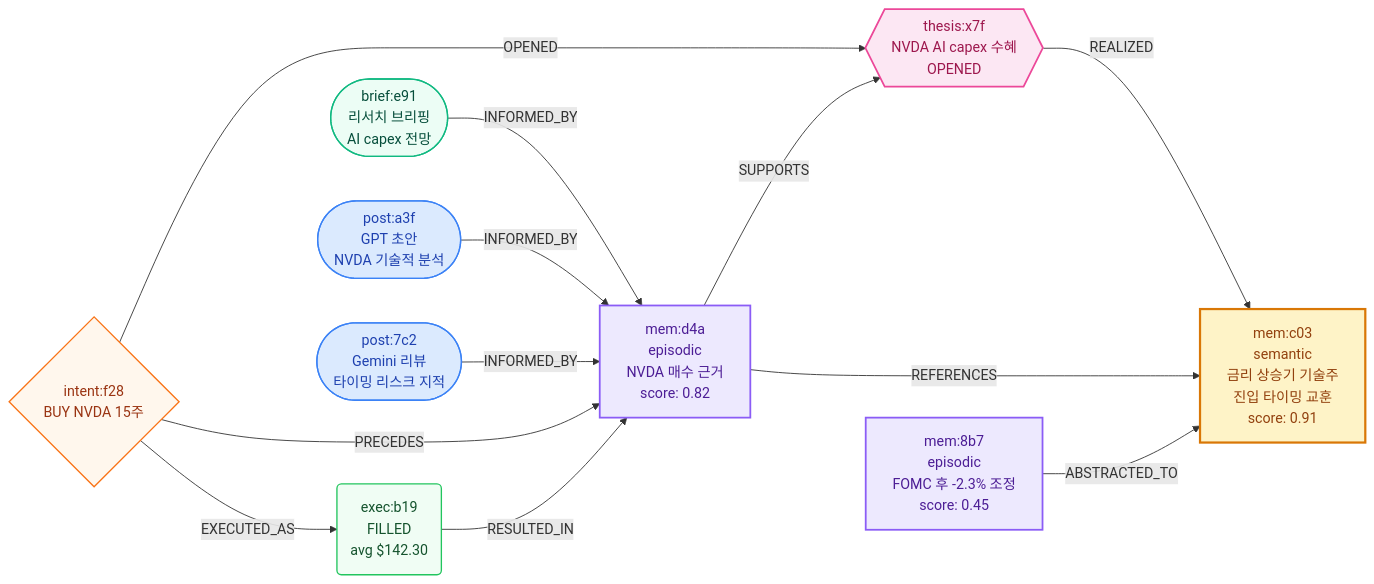
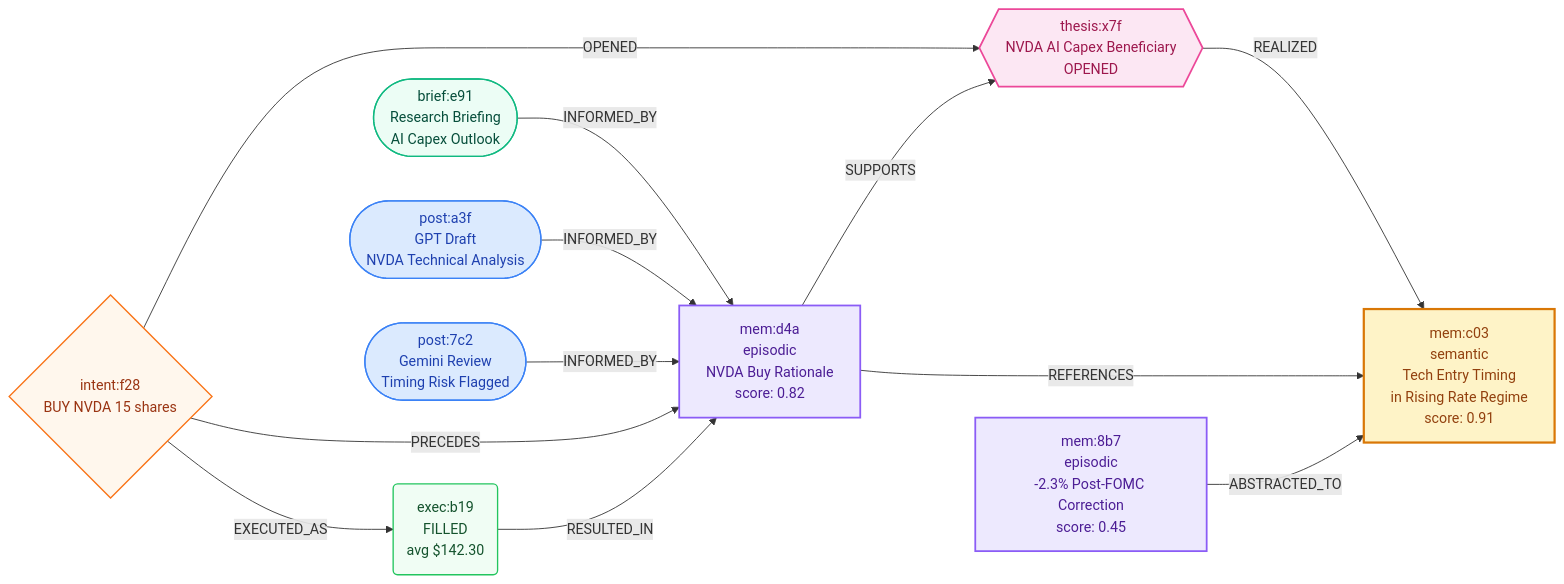
One commit to midnightnnn/llm_invest changed the third of 3 diagrams in README.md. Above: the diagram before and after it, drawn with Mermaid. The commit also changed other lines of this file and 2 other files, not shown here.

````diff
--- a/README.md
+++ b/README.md
@@ -378,49 +378,49 @@
 ```mermaid
 graph LR
-    %% ─── Cycle 42: GPT가 NVDA를 분석하고 매수 ───
-    B1(["post:a3f\nGPT 초안\nNVDA 기술적 분석"])
-    B2(["post:7c2\nGemini 리뷰\n타이밍 리스크 지적"])
-    R1(["brief:e91\n리서치 브리핑\nAI capex 전망"])
+    %% ─── Cycle 42: GPT analyzes and buys NVDA ───
+    B1(["post:a3f\nGPT Draft\nNVDA Technical Analysis"])
+    B2(["post:7c2\nGemini Review\nTiming Risk Flagged"])
+    R1(["brief:e91\nResearch Briefing\nAI Capex Outlook"])
 
-    M1["mem:d4a\nepisodic\nNVDA 매수 근거\nscore: 0.82"]
-    I1{"intent:f28\nBUY NVDA 15주"}
+    M1["mem:d4a\nepisodic\nNVDA Buy Rationale\nscore: 0.82"]
+    I1{"intent:f28\nBUY NVDA 15 shares"}
     E1("exec:b19\nFILLED\navg $142.30")
 
     R1 -->|INFORMED_BY| M1
     B1 -->|INFORMED_BY| M1
     B2 -->|INFORMED_BY| M1
     I1 -->|PRECEDES| M1
     E1 -->|RESULTED_IN| M1
     I1 -->|EXECUTED_AS| E1
 
-    %% ─── Thesis: 매수 근거를 추적하는 투자 논제 ───
-    T1{{"thesis:x7f\nNVDA AI capex 수혜\nOPENED"}}
+    %% ─── Thesis: Investment thesis tracking buy rationale ───
+    T1{{"thesis:x7f\nNVDA AI Capex Beneficiary\nOPENED"}}
 
     I1 -->|OPENED| T1
     M1 -->|SUPPORTS| T1
 
-    %% ─── Cycle 55: 압축 → semantic 교훈 ───
-    M2["mem:8b7\nepisodic\nFOMC 후 -2.3% 조정\nscore: 0.45"]
-    M3["mem:c03\nsemantic\n금리 상승기 기술주\n진입 타이밍 교훈\nscore: 0.91"]
+    %% ─── Cycle 55: Compaction → semantic lesson ───
+    M2["mem:8b7\nepisodic\n-2.3% Post-FOMC Correction\nscore: 0.45"]
+    M3["mem:c03\nsemantic\nTech Entry Timing\nin Rising Rate Regime\nscore: 0.91"]
 
     T1 -->|REALIZED| M3
     M1 -->|REFERENCES| M3
     M2 -->|ABSTRACTED_TO| M3
 
     %% ─── Styles ───
     classDef post fill:#dbeafe,stroke:#3b82f6,stroke-width:1.5px,color:#1e40af
     classDef brief fill:#ecfdf5,stroke:#10b981,stroke-width:1.5px,color:#064e3b
     classDef mem fill:#ede9fe,stroke:#8b5cf6,stroke-width:2px,color:#4c1d95
     classDef semantic fill:#fef3c7,stroke:#d97706,stroke-width:2.5px,color:#92400e
     classDef intent fill:#fff7ed,stroke:#f97316,stroke-width:1.5px,color:#9a3412
     classDef exec fill:#f0fdf4,stroke:#22c55e,stroke-width:1.5px,color:#14532d
     classDef thesis fill:#fce7f3,stroke:#ec4899,stroke-width:2px,color:#9d174d
 
     class B1,B2 post
     class R1 brief
     class M1,M2 mem
     class M3 semantic
     class I1 intent
     class E1 exec
     class T1 thesis
 ```
````
